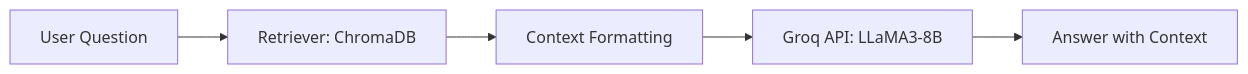
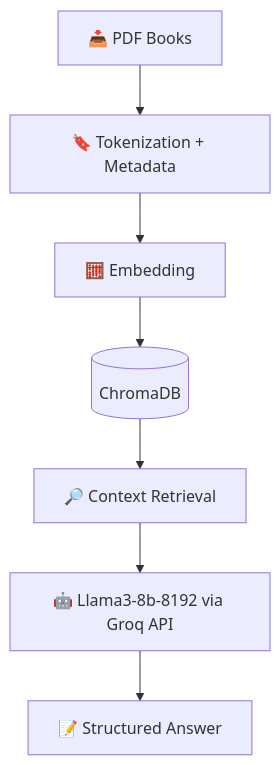
The diagram in README.md (MirAsimAli/EduRAG), drawn with Mermaid before and after one commit. The commit also changed other lines of this file, not shown here.

````diff
--- a/README.md
+++ b/README.md
@@ -115,7 +58,9 @@
 ```mermaid
-flowchart LR
-  Q[User Question] --> R[Retriever: ChromaDB]
-  R --> C[Context Formatting]
-  C --> L[Groq API: LLaMA3-8B]
-  L --> A[Answer with Context]
+flowchart TD
+    A[📥 PDF Books] --> B[🔖 Tokenization + Metadata]
+    B --> C[🧮 Embedding]
+    C --> D[(ChromaDB)]
+    D --> E[🔎 Context Retrieval]
+    E --> F[🤖 Llama3-8b-8192 via Groq API]
+    F --> G[📝 Structured Answer]
 ```
````
